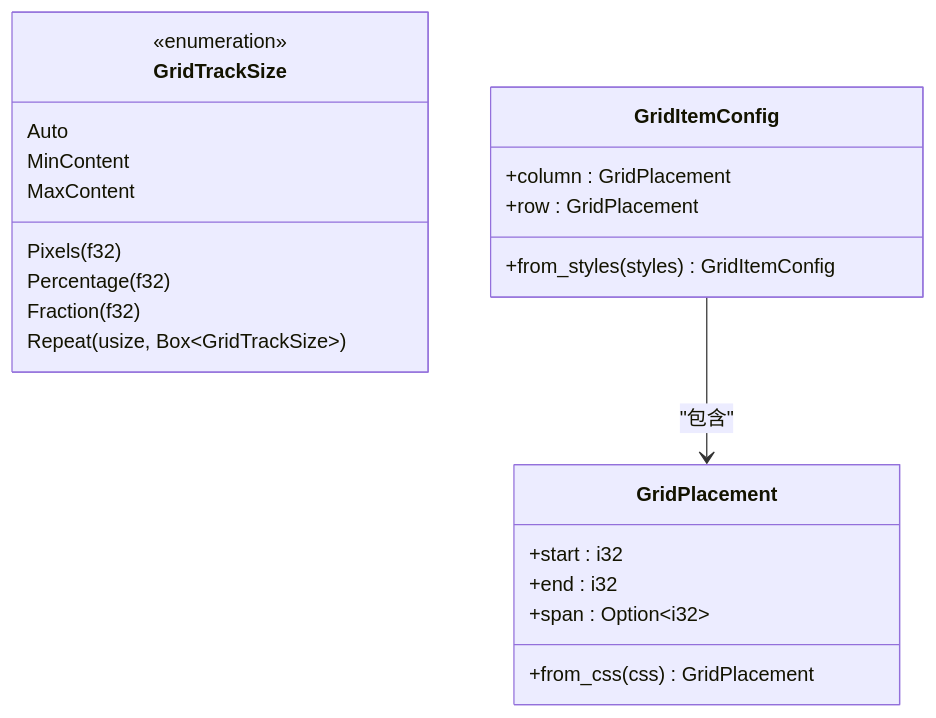
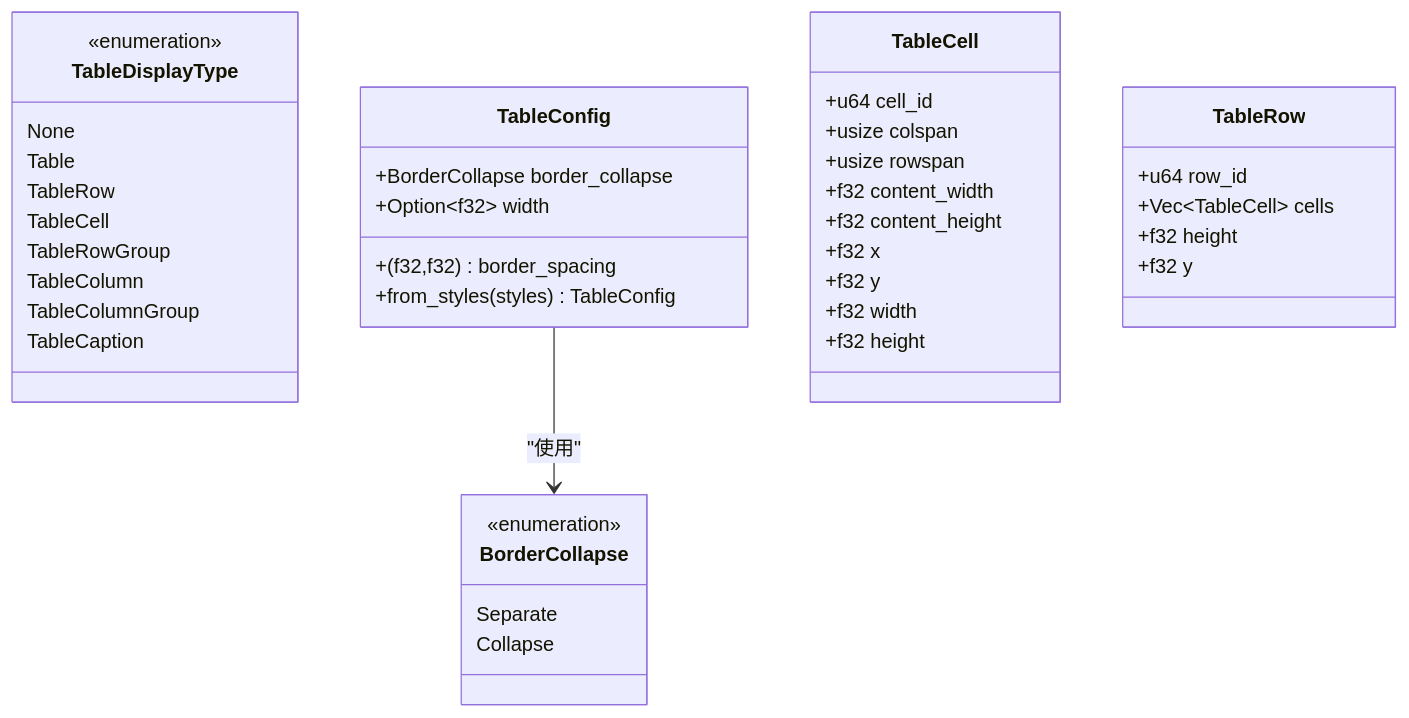
One commit to itszzl-sudo/iris changed diagram 15 of 18 in .qoder/repowiki/zh/content/技术架构详解/布局样式系统/iris-layout布局引擎.md. Above: the diagram before and after it, drawn with Mermaid. The commit also changed other lines of this file and 10 other files, not shown here.

````diff
--- a/.qoder/repowiki/zh/content/技术架构详解/布局样式系统/iris-layout布局引擎.md
+++ b/.qoder/repowiki/zh/content/技术架构详解/布局样式系统/iris-layout布局引擎.md
@@ -539,25 +570,43 @@
 ```mermaid
 classDiagram
-class GridTrackSize {
+class TableDisplayType {
 <<enumeration>>
-Pixels(f32)
-Percentage(f32)
-Fraction(f32)
-Auto
-MinContent
-MaxContent
-Repeat(usize, Box~GridTrackSize~)
+None
+Table
+TableRow
+TableCell
+TableRowGroup
+TableColumn
+TableColumnGroup
+TableCaption
 }
-class GridPlacement {
-+start : i32
-+end : i32
-+span : Option~i32~
-+from_css(css) GridPlacement
+class BorderCollapse {
+<<enumeration>>
+Separate
+Collapse
 }
-class GridItemConfig {
-+column : GridPlacement
-+row : GridPlacement
-+from_styles(styles) GridItemConfig
+class TableConfig {
++BorderCollapse border_collapse
++(f32,f32) border_spacing
++Option~f32~ width
++from_styles(styles) TableConfig
 }
-GridItemConfig --> GridPlacement : "包含"
+class TableCell {
++u64 cell_id
++usize colspan
++usize rowspan
++f32 content_width
++f32 content_height
++f32 x
++f32 y
++f32 width
++f32 height
+}
+class TableRow {
++u64 row_id
++Vec~TableCell~ cells
++f32 height
++f32 y
+}
+TableConfig --> BorderCollapse : "使用"
 ```
````
